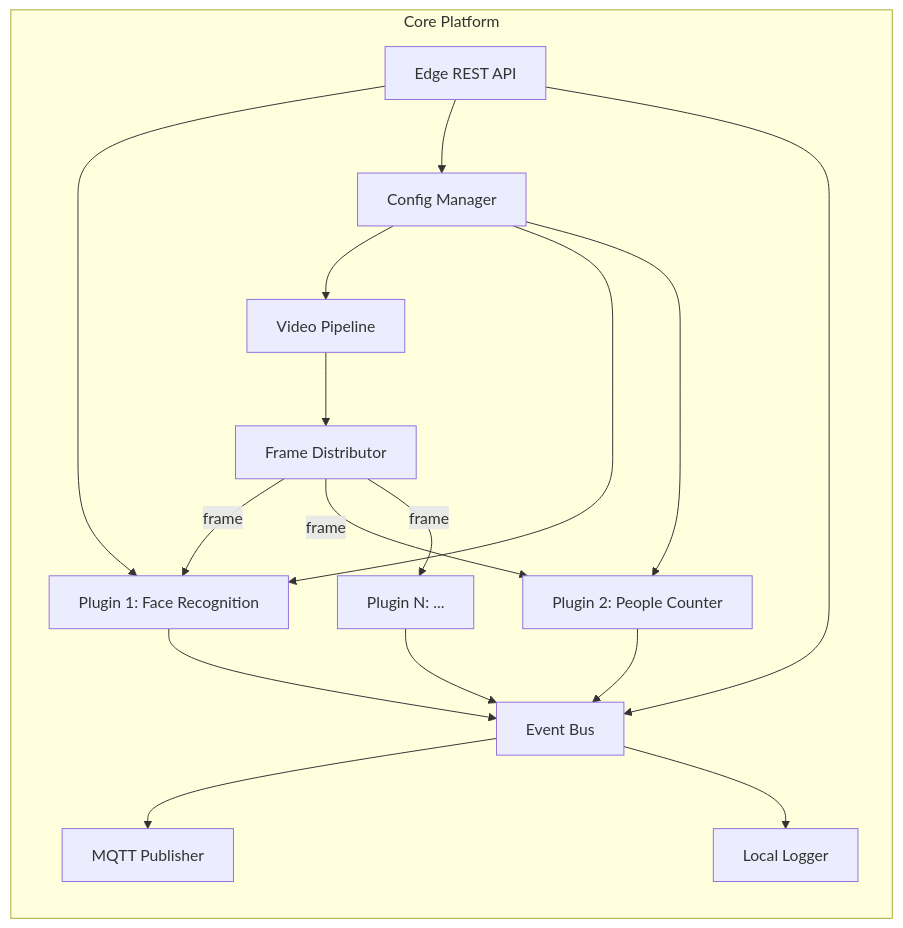
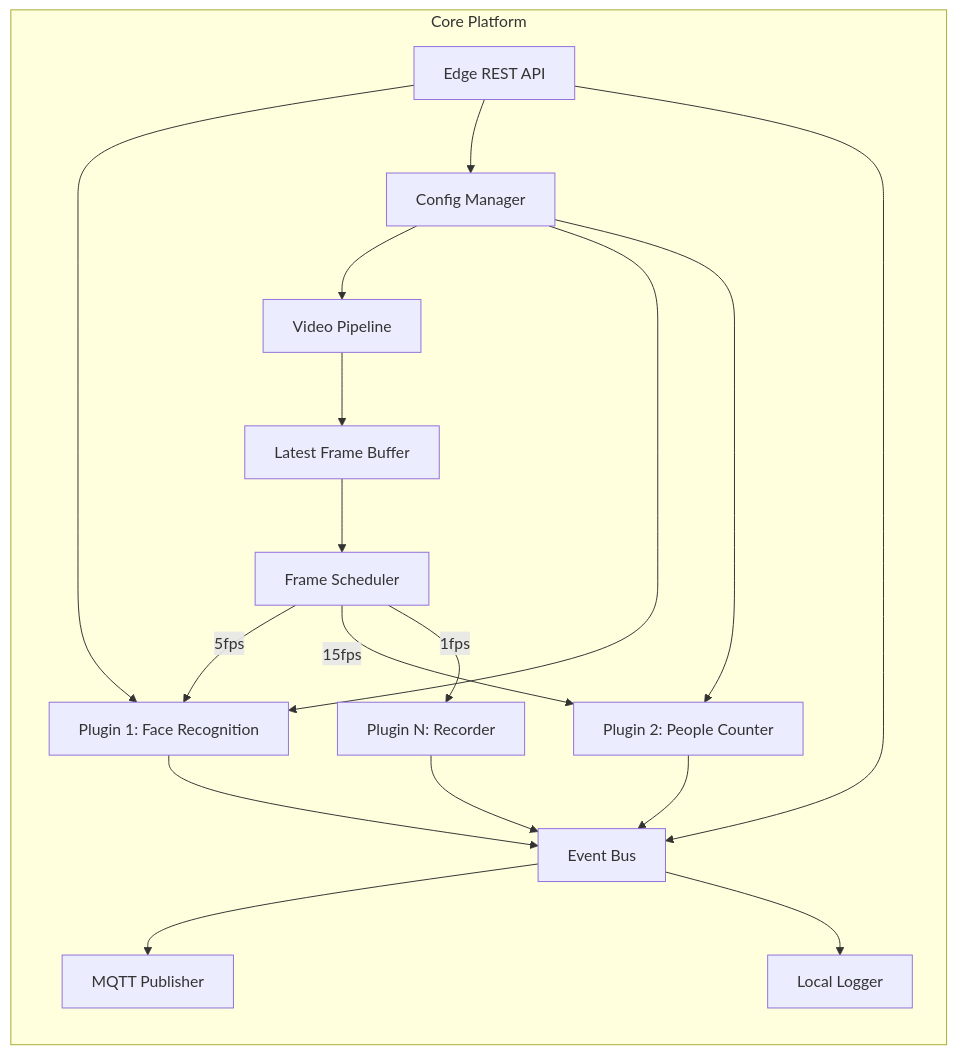
Before and after one commit to hiimshyy/ele_vision: the second of 2 diagrams in docs/implementation_plan.md, drawn with Mermaid. The commit also changed other lines of this file and 1 other file, not shown here.

Commit message:
docs: update plan & README with new architecture (latest frame + scheduler)

````diff
--- a/docs/implementation_plan.md
+++ b/docs/implementation_plan.md
@@ -74,24 +75,25 @@
 ```mermaid
 graph LR
     subgraph "Core Platform"
-        VP[Video Pipeline] --> FD[Frame Distributor]
-        FD --> |frame| P1[Plugin 1: Face Recognition]
-        FD --> |frame| P2[Plugin 2: People Counter]
-        FD --> |frame| P3[Plugin N: ...]
-
+        VP[Video Pipeline] --> LF[Latest Frame Buffer]
+        LF --> FS[Frame Scheduler]
+        FS --> |5fps| P1[Plugin 1: Face Recognition]
+        FS --> |15fps| P2[Plugin 2: People Counter]
+        FS --> |1fps| P3[Plugin N: Recorder]
+        
         P1 --> EB[Event Bus]
         P2 --> EB
         P3 --> EB
-
+        
         EB --> SYNC[MQTT Publisher]
         EB --> LOG[Local Logger]
-
+        
         CFG[Config Manager] --> VP
         CFG --> P1
         CFG --> P2
 
         API[Edge REST API] --> P1
         API --> CFG
         API --> EB
     end
 ```
````
